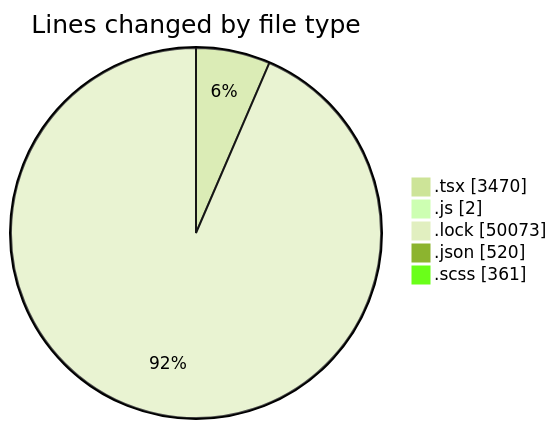
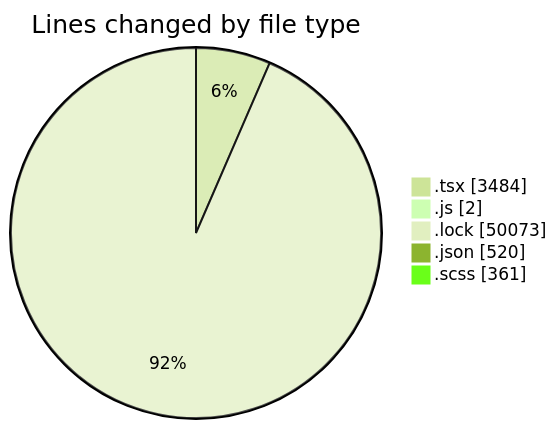
The first of 2 diagrams in 2026-05-15/cda/README.md (momahboobian/code-tracking), drawn with Mermaid (forest theme) before and after one commit. The commit also changed other lines of this file and 1 other file, not shown here.

````diff
--- a/2026-05-15/cda/README.md
+++ b/2026-05-15/cda/README.md
@@ -47,9 +47,9 @@
 ```mermaid
 pie showData
 title Lines changed by file type
-".tsx" : 3470
+".tsx" : 3484
 ".js" : 2
 ".lock" : 50073
 ".json" : 520
 ".scss" : 361
 ```
````
